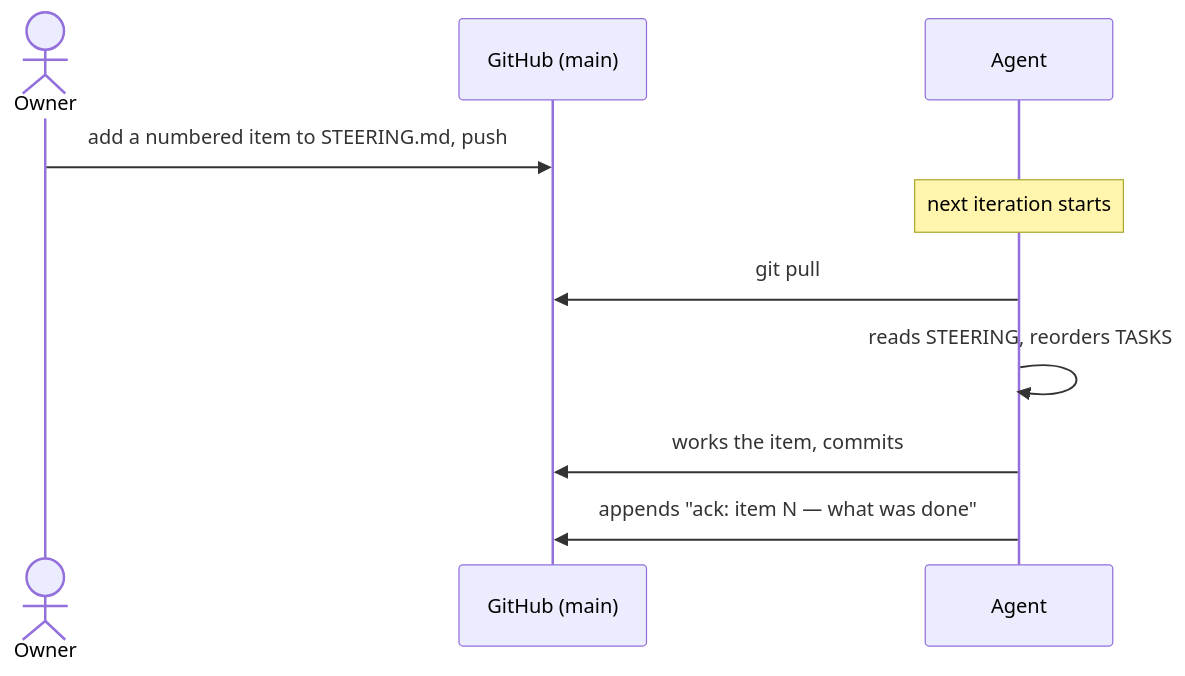
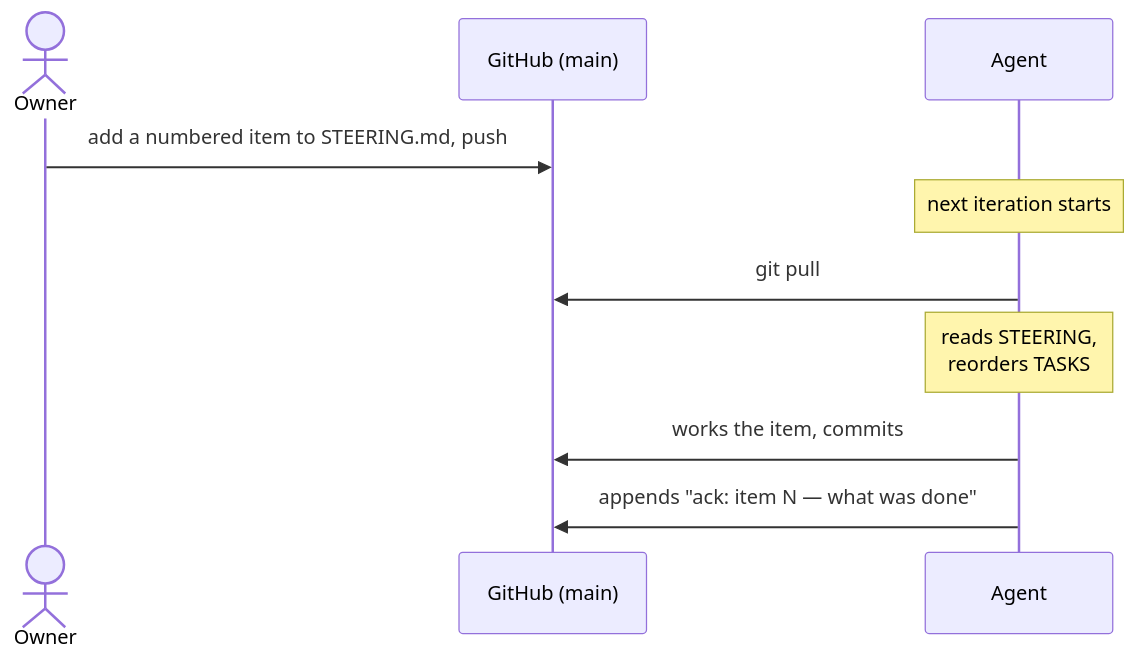
One commit to EmmadUsmani/news-digest changed the second of 2 diagrams in docs/handbook/02-agent/02-steering-and-memory.md. Above: the diagram before and after it, drawn with Mermaid. The commit also changed other lines of this file and 10 other files, not shown here.

First line of the commit message:
Handbook: audit and fix every diagram for overlaps and clarity

````diff
--- a/docs/handbook/02-agent/02-steering-and-memory.md
+++ b/docs/handbook/02-agent/02-steering-and-memory.md
@@ -42,12 +44,12 @@
 ```mermaid
 sequenceDiagram
   actor Owner
   participant GH as GitHub (main)
   participant Agent
   Owner->>GH: add a numbered item to STEERING.md, push
   Note over Agent: next iteration starts
   Agent->>GH: git pull
-  Agent->>Agent: reads STEERING, reorders TASKS
+  Note over Agent: reads STEERING,<br/>reorders TASKS
   Agent->>GH: works the item, commits
   Agent->>GH: appends "ack: item N — what was done"
 ```
````
